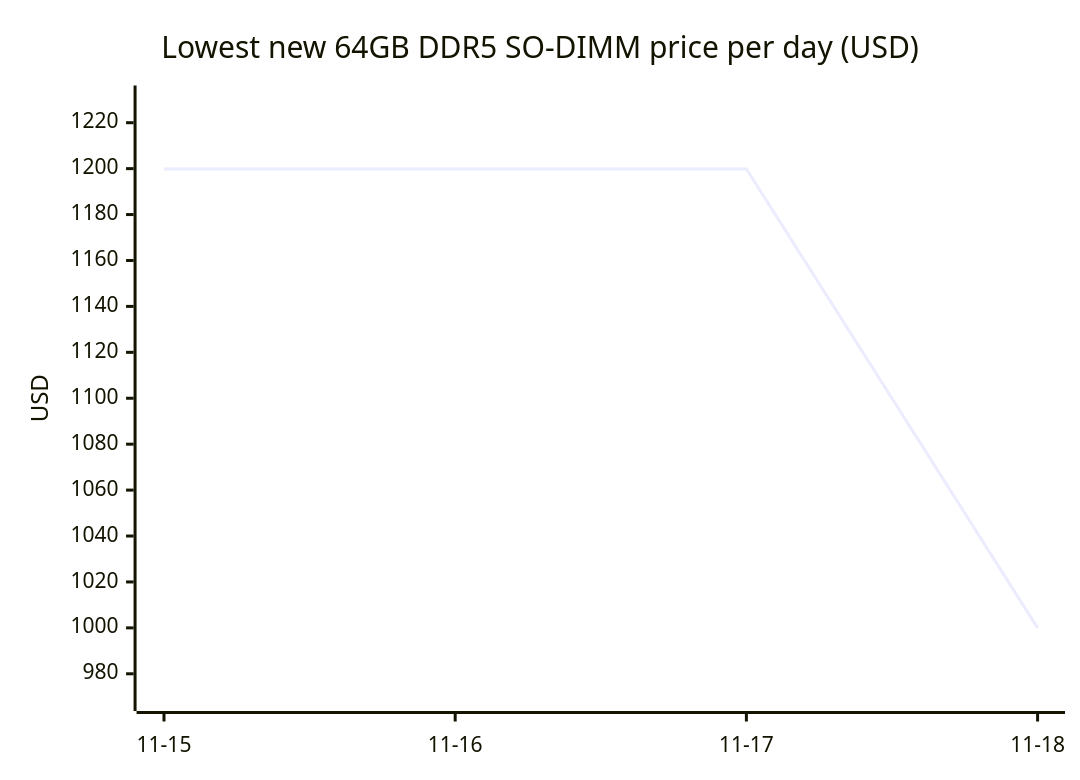
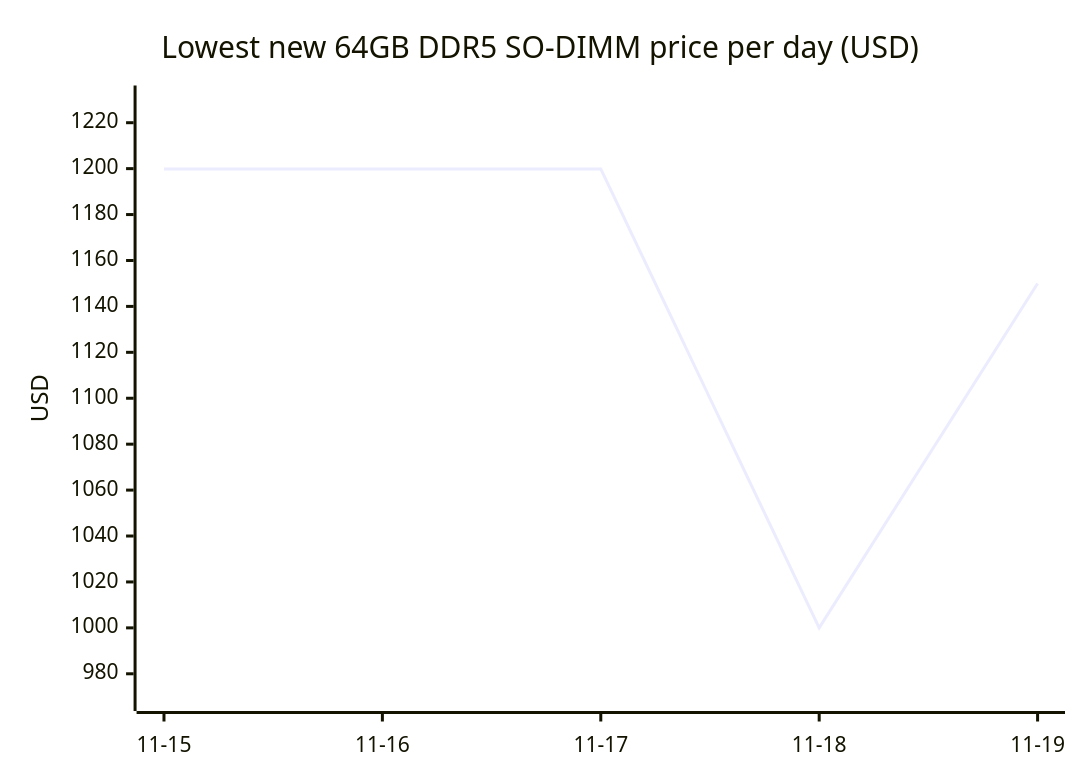
One commit to 7324136828/4tb_ssd_price_watch changed the third of 18 diagrams in README.md. Above: the diagram before and after it, drawn with Mermaid. The commit also changed other lines of this file, not shown here.

````diff
--- a/README.md
+++ b/README.md
@@ -573,7 +627,7 @@
 ```mermaid
 xychart-beta
     title "Lowest new 64GB DDR5 SO-DIMM price per day (USD)"
-    x-axis ["11-15", "11-16", "11-17", "11-18"]
+    x-axis ["11-15", "11-16", "11-17", "11-18", "11-19"]
     y-axis "USD" 970 --> 1230
-    line [1199.89, 1199.89, 1199.89, 1000.00]
+    line [1199.89, 1199.89, 1199.89, 1000.00, 1149.99]
 ```
````
